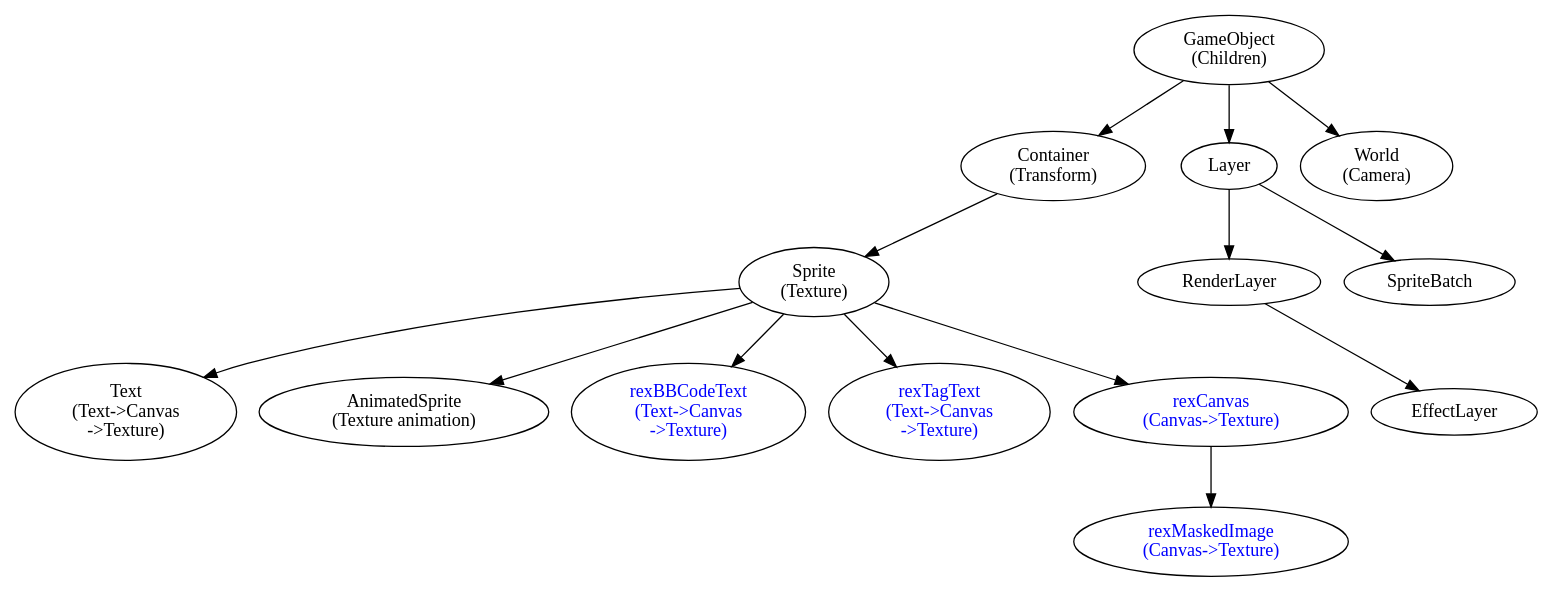
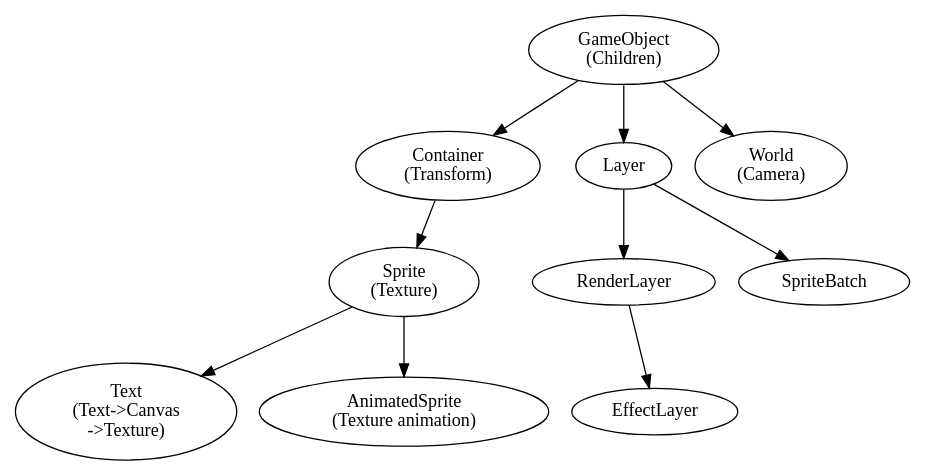
One commit to rexrainbow/phaser4-rex-plugins changed the diagram in doc/source/gameobject/class-tree.dot. Above: the diagram before and after it, drawn with Graphviz. The commit also changed 5 other files, not shown here.

```diff
--- a/doc/source/gameobject/class-tree.dot
+++ b/doc/source/gameobject/class-tree.dot
@@ -1,30 +1,23 @@
 digraph ClassTree {
     GameObject[label="GameObject\n(Children)"]
     Container[label="Container\n(Transform)"]
     Sprite[label="Sprite\n(Texture)"]
     Text[label="Text\n(Text->Canvas\n->Texture)"]
     AnimatedSprite[label="AnimatedSprite\n(Texture animation)"]
     
     GOLayer[label="Layer"]
     RenderLayer[label="RenderLayer"]
     EffectLayer[label="EffectLayer"]
     SpriteBatch[label="SpriteBatch"]
     
-    rexBBCodeText[label="rexBBCodeText\n(Text->Canvas\n->Texture)",fontcolor="blue"]
-    rexTagText[label="rexTagText\n(Text->Canvas\n->Texture)",fontcolor="blue"]
-    rexCanvas[label="rexCanvas\n(Canvas->Texture)",fontcolor="blue"]
-    rexMaskedImage[label="rexMaskedImage\n(Canvas->Texture)",fontcolor="blue"]
-    
     World[label="World\n(Camera)"]
 
-    GameObject -> Container -> Sprite 
-    -> {AnimatedSprite,Text,rexBBCodeText,rexTagText,rexCanvas}
+
+    GameObject -> Container -> Sprite -> {AnimatedSprite,Text}
      
-    rexCanvas -> rexMaskedImage
-    
     GameObject -> GOLayer -> RenderLayer -> EffectLayer
     GOLayer -> SpriteBatch
     
     
     GameObject -> World
 }
```
